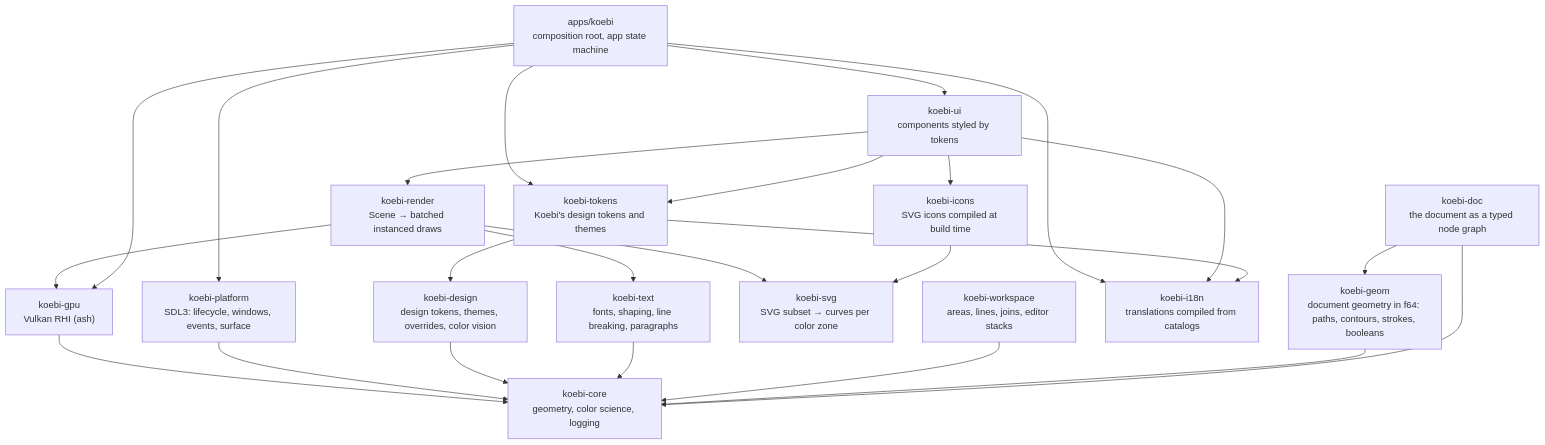
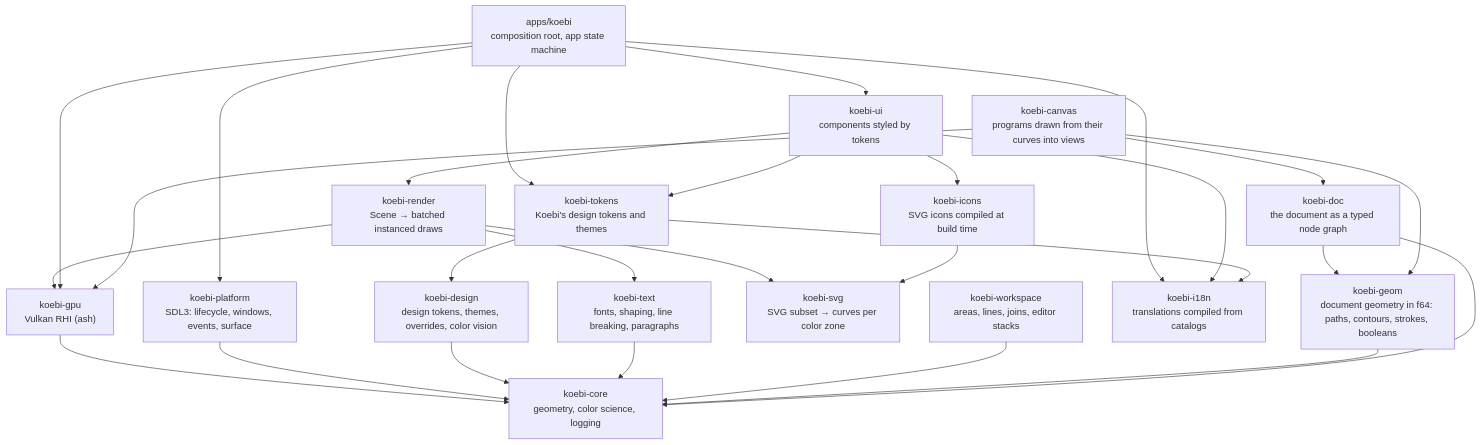
One commit to Kolosta/Koebi changed the first of 2 diagrams in docs/architecture/overview.md. Above: the diagram before and after it, drawn with Mermaid. The commit also changed other lines of this file and 21 other files, not shown here.

Commit message:
feat(canvas): programs drawn into views from their curves, exact at any zoom (#274)

````diff
--- a/docs/architecture/overview.md
+++ b/docs/architecture/overview.md
@@ -8,34 +8,38 @@
 ```mermaid
 flowchart TD
     app["apps/koebi<br/>composition root, app state machine"]
     ui["koebi-ui<br/>components styled by tokens"]
     render["koebi-render<br/>Scene → batched instanced draws"]
     gpu["koebi-gpu<br/>Vulkan RHI (ash)"]
     platform["koebi-platform<br/>SDL3: lifecycle, windows, events, surface"]
     tokens["koebi-tokens<br/>Koebi's design tokens and themes"]
     design["koebi-design<br/>design tokens, themes, overrides, color vision"]
     text["koebi-text<br/>fonts, shaping, line breaking, paragraphs"]
     svg["koebi-svg<br/>SVG subset → curves per color zone"]
     icons["koebi-icons<br/>SVG icons compiled at build time"]
     workspace["koebi-workspace<br/>areas, lines, joins, editor stacks"]
     i18n["koebi-i18n<br/>translations compiled from catalogs"]
     geom["koebi-geom<br/>document geometry in f64: paths, contours, strokes, booleans"]
     doc["koebi-doc<br/>the document as a typed node graph"]
+    canvas["koebi-canvas<br/>programs drawn from their curves into views"]
     core["koebi-core<br/>geometry, color science, logging"]
     app --> ui --> render --> gpu --> core
     render --> text
     render --> svg
     ui --> icons --> svg
     app --> platform --> core
     app --> gpu
     app --> tokens
     ui --> tokens --> design --> core
     text --> core
     workspace --> core
     geom --> core
     doc --> geom
     doc --> core
+    canvas --> gpu
+    canvas --> geom
+    canvas --> doc
     app --> i18n
     ui --> i18n
     tokens --> i18n
 ```
````
